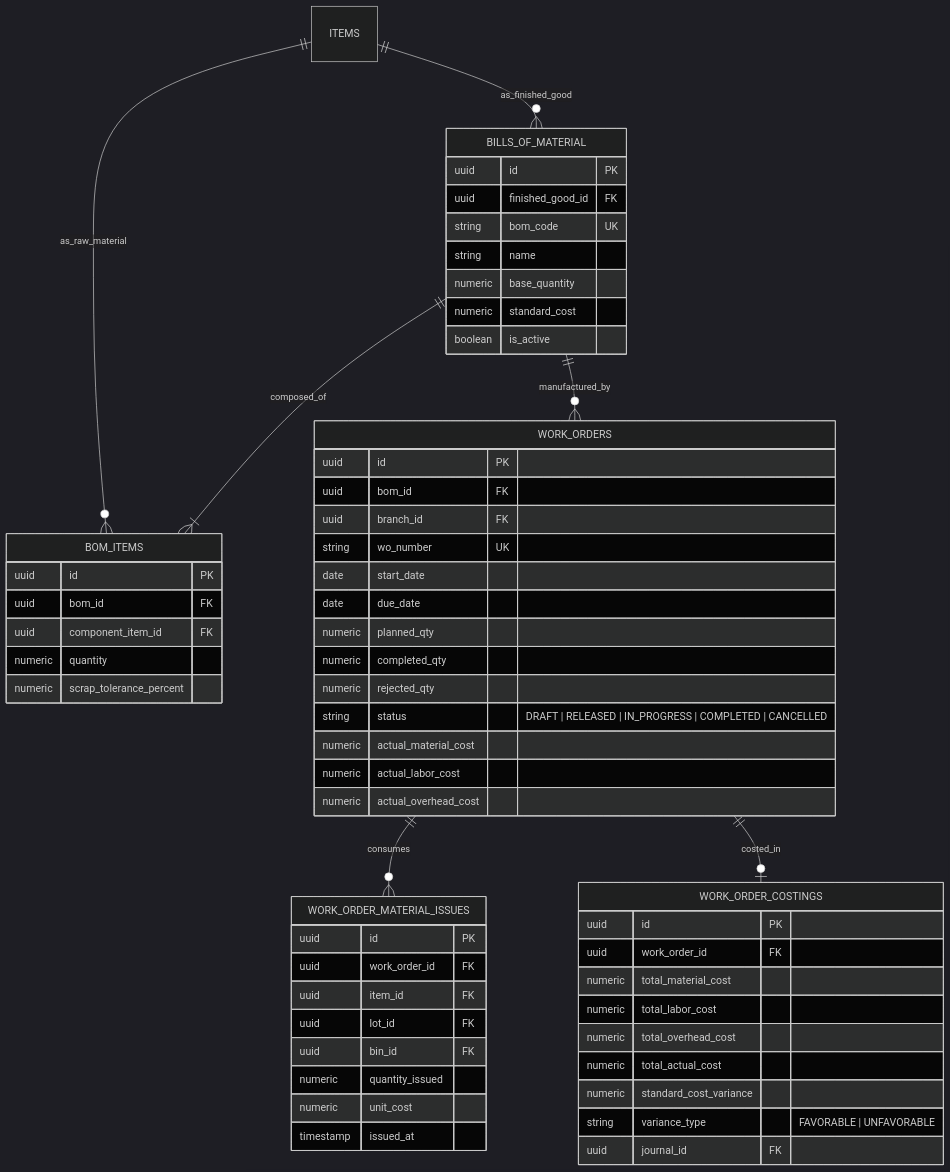
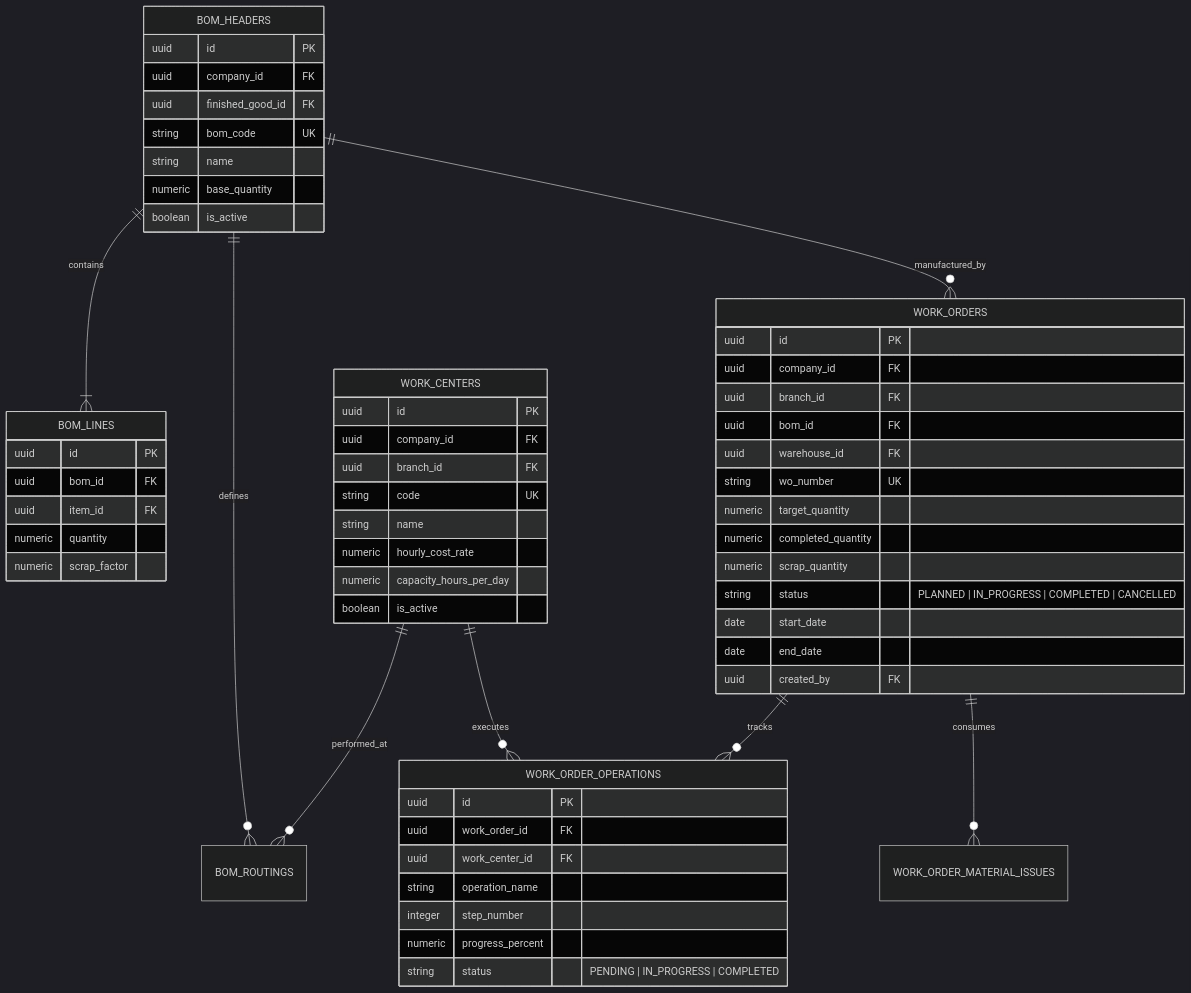
The fourth of 4 diagrams in sdd/06_manufacturing_sdd.md (Vall-Here/mnf-erp-nextjs-golang), drawn with Mermaid (dark theme) before and after one commit. The commit also changed other lines of this file and 10 other files, not shown here.

````diff
--- a/sdd/06_manufacturing_sdd.md
+++ b/sdd/06_manufacturing_sdd.md
@@ -126,66 +111,65 @@
 ```mermaid
 erDiagram
-    ITEMS ||--o{ BILLS_OF_MATERIAL : "as_finished_good"
-    BILLS_OF_MATERIAL ||--|{ BOM_ITEMS : "composed_of"
-    ITEMS ||--o{ BOM_ITEMS : "as_raw_material"
-    BILLS_OF_MATERIAL ||--o{ WORK_ORDERS : "manufactured_by"
+    BOM_HEADERS ||--|{ BOM_LINES : "contains"
+    BOM_HEADERS ||--o{ BOM_ROUTINGS : "defines"
+    BOM_HEADERS ||--o{ WORK_ORDERS : "manufactured_by"
+    WORK_CENTERS ||--o{ BOM_ROUTINGS : "performed_at"
+    WORK_ORDERS ||--o{ WORK_ORDER_OPERATIONS : "tracks"
+    WORK_CENTERS ||--o{ WORK_ORDER_OPERATIONS : "executes"
     WORK_ORDERS ||--o{ WORK_ORDER_MATERIAL_ISSUES : "consumes"
-    WORK_ORDERS ||--o| WORK_ORDER_COSTINGS : "costed_in"
 
-    BILLS_OF_MATERIAL {
+    BOM_HEADERS {
         uuid id PK
+        uuid company_id FK
         uuid finished_good_id FK
         string bom_code UK
         string name
         numeric base_quantity
-        numeric standard_cost
         boolean is_active
     }
 
-    BOM_ITEMS {
+    BOM_LINES {
         uuid id PK
         uuid bom_id FK
-        uuid component_item_id FK
+        uuid item_id FK
         numeric quantity
-        numeric scrap_tolerance_percent
+        numeric scrap_factor
+    }
+
+    WORK_CENTERS {
+        uuid id PK
+        uuid company_id FK
+        uuid branch_id FK
+        string code UK
+        string name
+        numeric hourly_cost_rate
+        numeric capacity_hours_per_day
+        boolean is_active
     }
 
     WORK_ORDERS {
         uuid id PK
+        uuid company_id FK
+        uuid branch_id FK
         uuid bom_id FK
-        uuid branch_id FK
+        uuid warehouse_id FK
         string wo_number UK
+        numeric target_quantity
+        numeric completed_quantity
+        numeric scrap_quantity
+        string status "PLANNED | IN_PROGRESS | COMPLETED | CANCELLED"
         date start_date
-        date due_date
-        numeric planned_qty
-        numeric completed_qty
-        numeric rejected_qty
-        string status "DRAFT | RELEASED | IN_PROGRESS | COMPLETED | CANCELLED"
-        numeric actual_material_cost
-        numeric actual_labor_cost
-        numeric actual_overhead_cost
+        date end_date
+        uuid created_by FK
     }
 
-    WORK_ORDER_MATERIAL_ISSUES {
+    WORK_ORDER_OPERATIONS {
         uuid id PK
         uuid work_order_id FK
-        uuid item_id FK
-        uuid lot_id FK
-        uuid bin_id FK
-        numeric quantity_issued
-        numeric unit_cost
-        timestamp issued_at
-    }
-
-    WORK_ORDER_COSTINGS {
-        uuid id PK
-        uuid work_order_id FK
-        numeric total_material_cost
-        numeric total_labor_cost
-        numeric total_overhead_cost
-        numeric total_actual_cost
-        numeric standard_cost_variance
-        string variance_type "FAVORABLE | UNFAVORABLE"
-        uuid journal_id FK
+        uuid work_center_id FK
+        string operation_name
+        integer step_number
+        numeric progress_percent
+        string status "PENDING | IN_PROGRESS | COMPLETED"
     }
 ```
````
